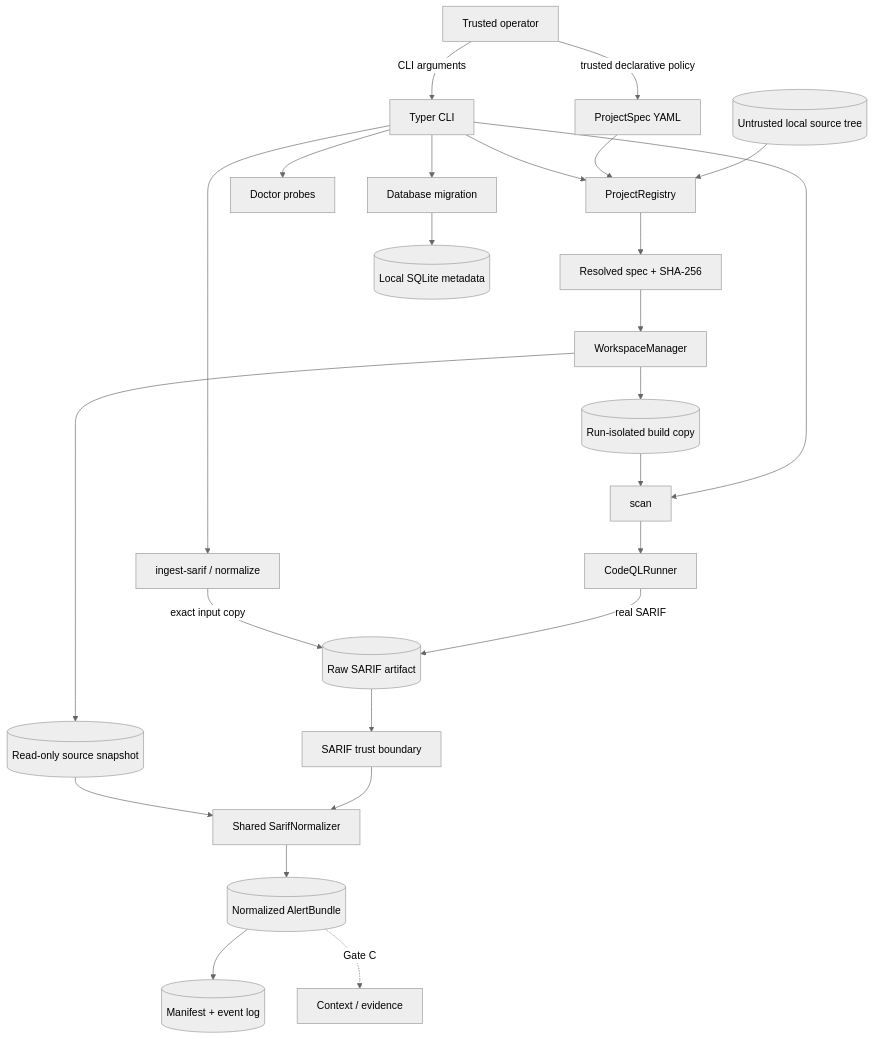
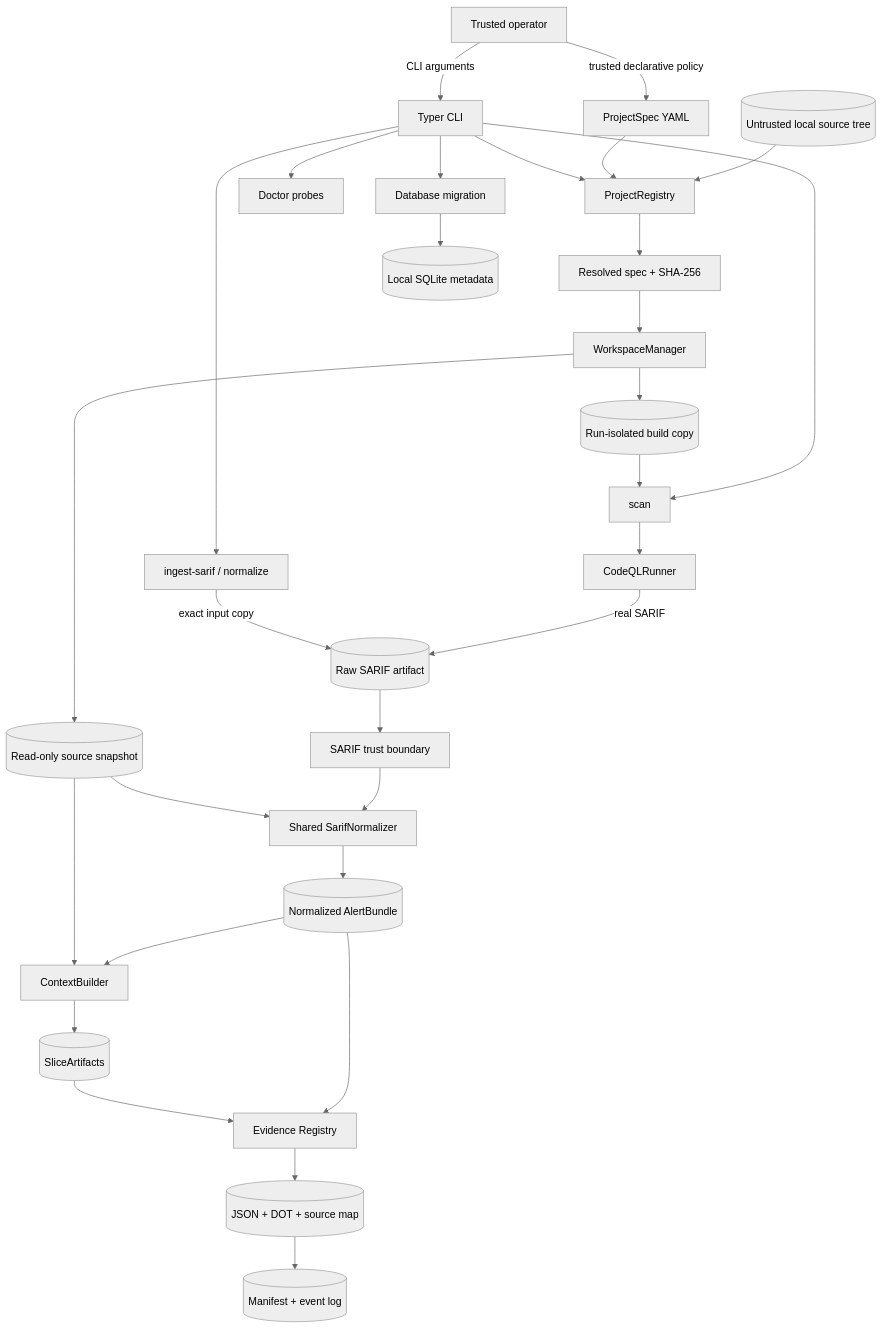
The diagram in docs/architecture.md (SeverusNg/EviTriage-QL), drawn with Mermaid (neutral theme) before and after one commit. The commit also changed other lines of this file and 59 other files, not shown here.

First line of the commit message:
feat: complete Gate C evidence pipeline

````diff
--- a/docs/architecture.md
+++ b/docs/architecture.md
@@ -34,29 +39,34 @@
 ```mermaid
 flowchart TB
     O[Trusted operator] -->|CLI arguments| CLI[Typer CLI]
     O -->|trusted declarative policy| CFG[ProjectSpec YAML]
     SRC[(Untrusted local source tree)] --> REG[ProjectRegistry]
     CFG --> REG
     CLI --> REG
     REG --> RES[Resolved spec + SHA-256]
     RES --> WM[WorkspaceManager]
     WM --> SNAP[(Read-only source snapshot)]
     WM --> COPY[(Run-isolated build copy)]
 
     CLI --> ING[ingest-sarif / normalize]
     CLI --> SCAN[scan]
     COPY --> SCAN
     SCAN --> RUN[CodeQLRunner]
     RUN -->|real SARIF| RAW[(Raw SARIF artifact)]
     ING -->|exact input copy| RAW
     RAW --> PARSE[SARIF trust boundary]
     PARSE --> NORM[Shared SarifNormalizer]
     SNAP --> NORM
     NORM --> ALERT[(Normalized AlertBundle)]
-    ALERT --> AUDIT[(Manifest + event log)]
-    ALERT -. Gate C .-> NEXT[Context / evidence]
+    ALERT --> CTX[ContextBuilder]
+    SNAP --> CTX
+    CTX --> SLICE[(SliceArtifacts)]
+    ALERT --> EVID[Evidence Registry]
+    SLICE --> EVID
+    EVID --> GRAPH[(JSON + DOT + source map)]
+    GRAPH --> AUDIT[(Manifest + event log)]
 
     CLI --> DOC[Doctor probes]
     CLI --> DBM[Database migration]
     DBM --> DB[(Local SQLite metadata)]
 ```
````
